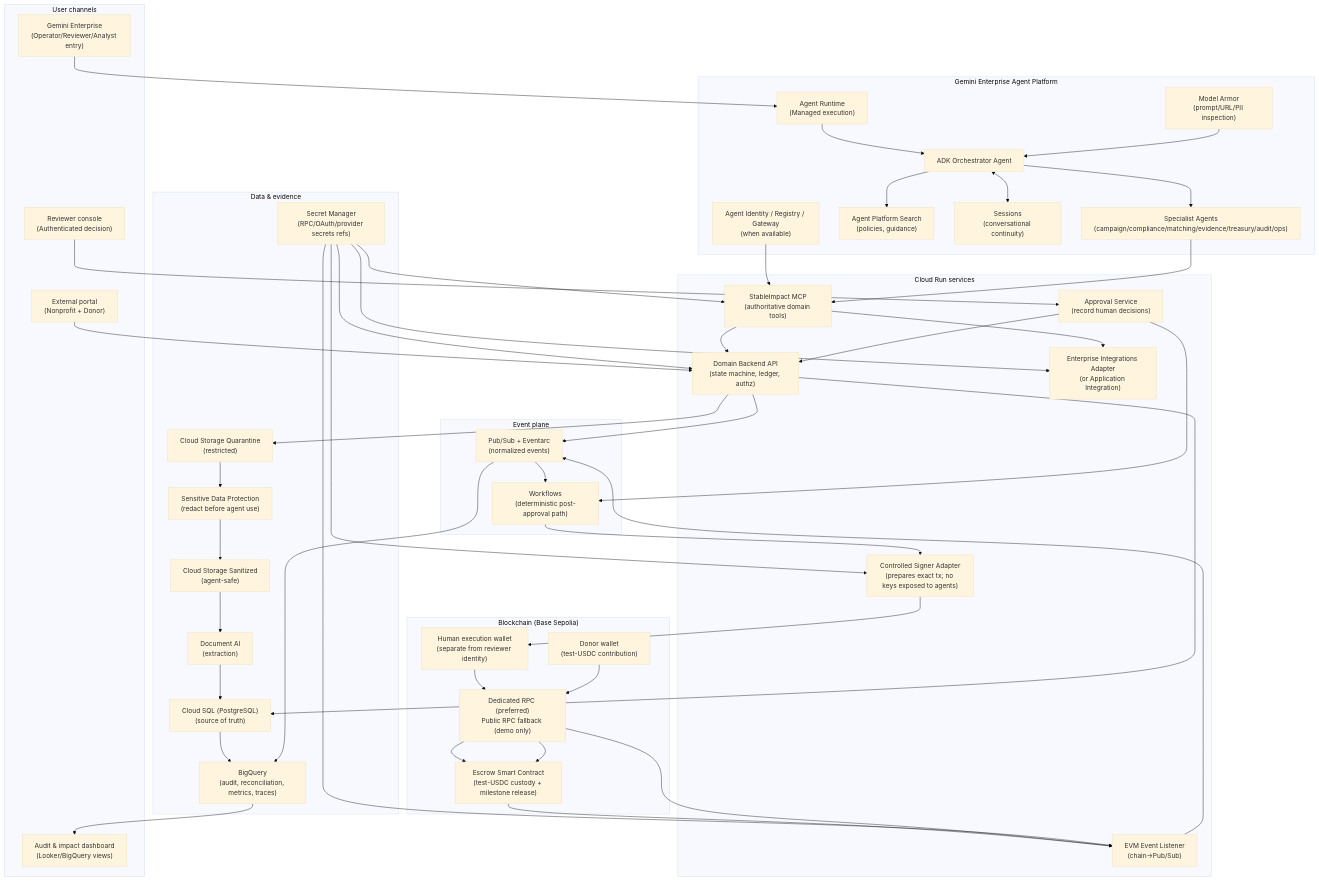
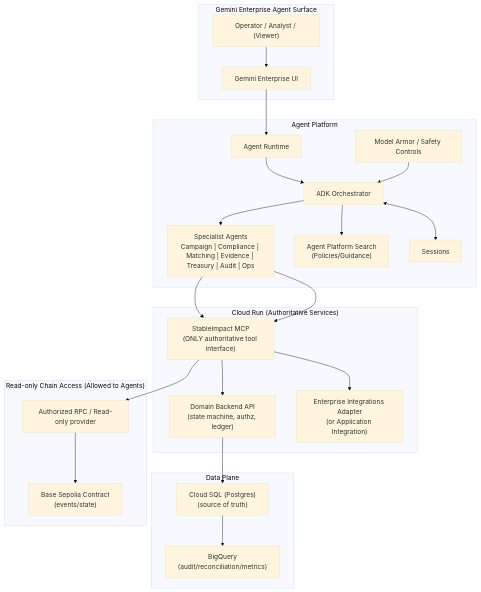
One commit to eweinmanepam/Documents changed the first of 7 diagrams in architecture.md. Above: the diagram before and after it, drawn with Mermaid (base theme). The commit also changed other lines of this file, not shown here.

````diff
--- a/architecture.md
+++ b/architecture.md
@@ -17,93 +53,48 @@
 ```mermaid
 flowchart TB
-  %% =========================
-  %% StableImpact Target Architecture (Roadmap-aligned)
-  %% =========================
-
-  subgraph Channels["User channels"]
-    GE["Gemini Enterprise<br/>(Operator/Reviewer/Analyst entry)"]
-    PORTAL["External portal<br/>(Nonprofit + Donor)"]
-    REVIEW["Reviewer console<br/>(Authenticated decision)"]
-    DASH["Audit & impact dashboard<br/>(Looker/BigQuery views)"]
+  subgraph GE["Gemini Enterprise Agent Surface"]
+    USER["Operator / Analyst / (Viewer)"]
+    GEM["Gemini Enterprise UI"]
   end
 
-  subgraph AgentPlatform["Gemini Enterprise Agent Platform"]
-    RUNTIME["Agent Runtime<br/>(Managed execution)"]
-    ORCH["ADK Orchestrator Agent"]
-    SUBS["Specialist Agents<br/>(campaign/compliance/matching/evidence/treasury/audit/ops)"]
-    SEARCH["Agent Platform Search<br/>(policies, guidance)"]
-    SESS["Sessions<br/>(conversational continuity)"]
-    GOV["Agent Identity / Registry / Gateway<br/>(when available)"]
-    ARMOR["Model Armor<br/>(prompt/URL/PII inspection)"]
+  subgraph AP["Agent Platform"]
+    RUNTIME["Agent Runtime"]
+    ORCH["ADK Orchestrator"]
+    SPEC["Specialist Agents<br/>Campaign | Compliance | Matching | Evidence | Treasury | Audit | Ops"]
+    SEARCH["Agent Platform Search<br/>(Policies/Guidance)"]
+    SESS["Sessions"]
+    ARMOR["Model Armor / Safety Controls"]
   end
 
-  subgraph CloudRun["Cloud Run services"]
-    MCP["StableImpact MCP<br/>(authoritative domain tools)"]
-    API["Domain Backend API<br/>(state machine, ledger, authz)"]
-    APPROVAL["Approval Service<br/>(record human decisions)"]
-    LISTENER["EVM Event Listener<br/>(chain->Pub/Sub)"]
-    SIGNER["Controlled Signer Adapter<br/>(prepares exact tx; no keys exposed to agents)"]
+  subgraph CR["Cloud Run (Authoritative Services)"]
+    MCP["StableImpact MCP<br/>(ONLY authoritative tool interface)"]
+    API["Domain Backend API<br/>(state machine, authz, ledger)"]
     INTEG["Enterprise Integrations Adapter<br/>(or Application Integration)"]
   end
 
-  subgraph Data["Data & evidence"]
-    SQL["Cloud SQL (PostgreSQL)<br/>(source of truth)"]
-    GCSQ["Cloud Storage Quarantine<br/>(restricted)"]
-    GCSS["Cloud Storage Sanitized<br/>(agent-safe)"]
-    DLP["Sensitive Data Protection<br/>(redact before agent use)"]
-    DOC["Document AI<br/>(extraction)"]
-    BQ["BigQuery<br/>(audit, reconciliation, metrics, traces)"]
-    SM["Secret Manager<br/>(RPC/OAuth/provider secrets refs)"]
+  subgraph DATA["Data Plane"]
+    SQL["Cloud SQL (Postgres)<br/>(source of truth)"]
+    BQ["BigQuery<br/>(audit/reconciliation/metrics)"]
   end
 
-  subgraph Events["Event plane"]
-    PS["Pub/Sub + Eventarc<br/>(normalized events)"]
-    WF["Workflows<br/>(deterministic post-approval path)"]
+  subgraph CHAIN["Read-only Chain Access (Allowed to Agents)"]
+    RPC["Authorized RPC / Read-only provider"]
+    CONTRACT["Base Sepolia Contract<br/>(events/state)"]
   end
 
-  subgraph Chain["Blockchain (Base Sepolia)"]
-    RPC["Dedicated RPC (preferred)<br/>Public RPC fallback (demo only)"]
-    CONTRACT["Escrow Smart Contract<br/>(test-USDC custody + milestone release)"]
-    WALLET["Human execution wallet<br/>(separate from reviewer identity)"]
-    DONOR["Donor wallet<br/>(test-USDC contribution)"]
-  end
-
-  %% ---- Flows ----
-  GE --> RUNTIME --> ORCH --> SUBS
-  ORCH --> SEARCH
+  USER --> GEM --> RUNTIME --> ORCH
+  ORCH --> SPEC
   ORCH <--> SESS
   ARMOR --> ORCH
-  GOV --> MCP
+  ORCH --> SEARCH
 
-  SUBS --> MCP
+  SPEC --> MCP
   MCP --> API
   MCP --> INTEG
+  API --> SQL
+  SQL --> BQ
 
-  PORTAL --> API
-  REVIEW --> APPROVAL
-  APPROVAL --> API
-
-  API --> SQL
-  API --> GCSQ
-  GCSQ --> DLP --> GCSS
-  GCSS --> DOC --> SQL
-
-  API --> PS
-  LISTENER --> PS
-  PS --> WF
-  APPROVAL --> WF
-  WF --> SIGNER --> WALLET --> RPC --> CONTRACT
-  DONOR --> RPC --> CONTRACT
-  CONTRACT --> LISTENER
-  RPC --> LISTENER
-
-  SQL --> BQ
-  PS --> BQ
-  BQ --> DASH
-
-  SM --> API
-  SM --> MCP
-  SM --> LISTENER
-  SM --> SIGNER
-  SM --> INTEG
+  %% Read-only blockchain queries (no execution)
+  SPEC --> MCP
+  MCP --> RPC --> CONTRACT
 ```
````
